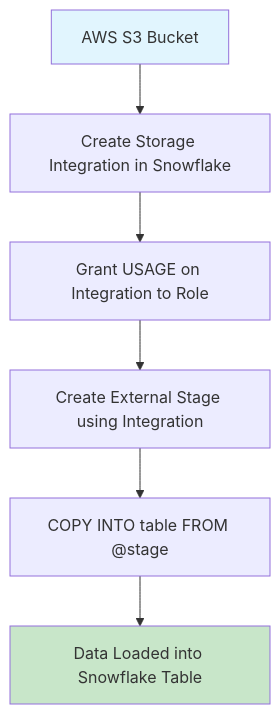
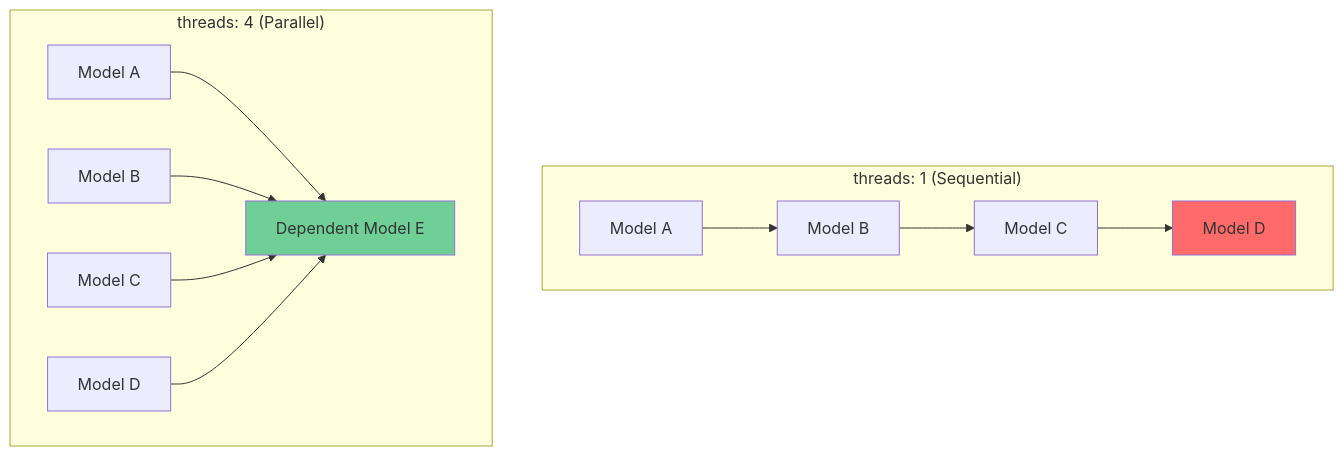
One commit to HemantSahuGit/data-engineering-notes changed the seventh of 17 diagrams in DBT/dbt_airbnb.md. Above: the diagram before and after it, drawn with Mermaid. The commit also changed other lines of this file, not shown here.

````diff
--- a/DBT/dbt_airbnb.md
+++ b/DBT/dbt_airbnb.md
@@ -471,11 +676,19 @@
-  ```mermaid
-  flowchart TD
-      A[AWS S3 Bucket] --> B[Create Storage Integration in Snowflake]
-      B --> C[Grant USAGE on Integration to Role]
-      C --> D[Create External Stage using Integration]
-      D --> E[COPY INTO table FROM @stage]
-      E --> F[Data Loaded into Snowflake Table]
-      
-      style A fill:#e1f5fe
-      style F fill:#c8e6c9
-  ```
+```mermaid
+graph TB
+    subgraph "threads: 1 (Sequential)"
+        A1[Model A] --> A2[Model B]
+        A2 --> A3[Model C]
+        A3 --> A4[Model D]
+    end
+    
+    subgraph "threads: 4 (Parallel)"
+        B1[Model A]
+        B2[Model B]
+        B3[Model C]
+        B4[Model D]
+        B1 & B2 & B3 & B4 --> B5[Dependent Model E]
+    end
+    
+    style A4 fill:#FF6B6B
+    style B5 fill:#6FCF97
+```
````
